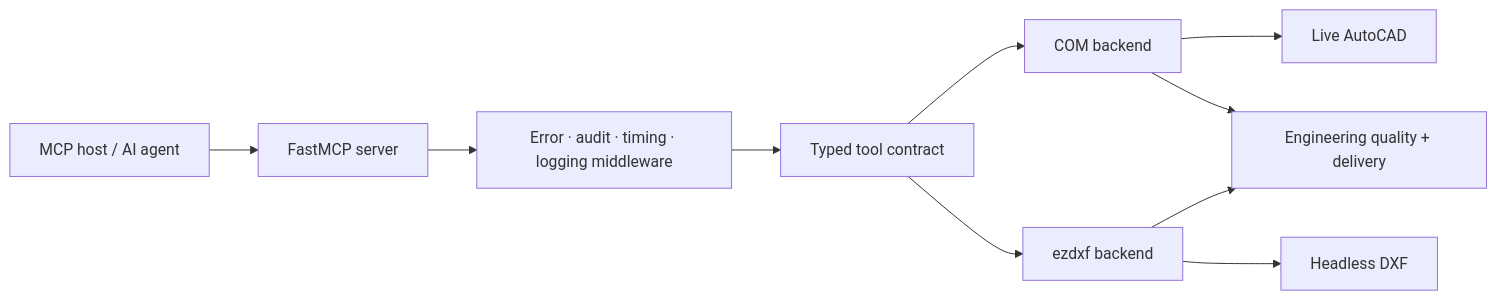
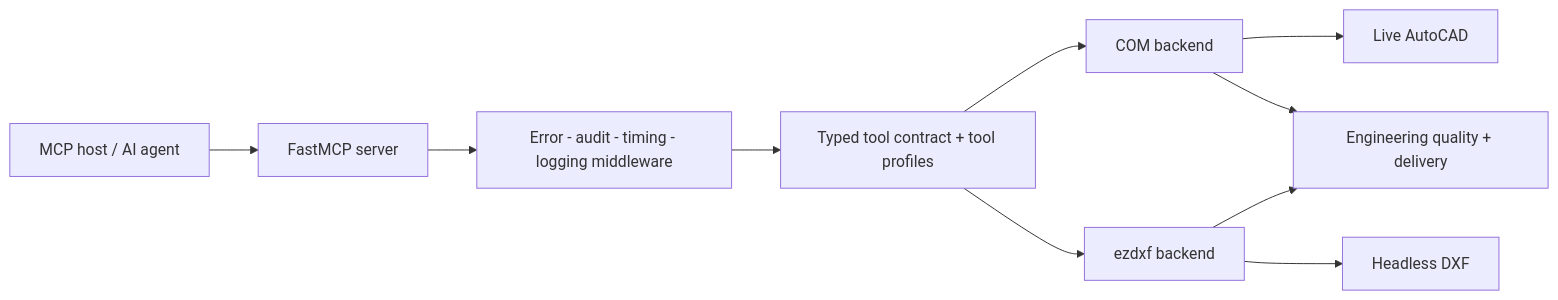
The diagram in README.md (cundream/Autocad-MCP), drawn with Mermaid before and after one commit. The commit also changed other lines of this file and 10 other files, not shown here.

First line of the commit message:
feat(bench): performance lane + task-matrix chart; docs: README rebuilt around four evidence lanes

````diff
--- a/README.md
+++ b/README.md
@@ -274,12 +138,12 @@
 ```mermaid
 flowchart LR
-    A[MCP host / AI agent] --> B[FastMCP server]
-    B --> C[Error · audit · timing · logging middleware]
-    C --> D[Typed tool contract]
-    D --> E[COM backend]
-    D --> F[ezdxf backend]
-    E --> G[Live AutoCAD]
-    F --> H[Headless DXF]
-    E --> I[Engineering quality + delivery]
-    F --> I
+  A[MCP host / AI agent] --> B[FastMCP server]
+  B --> C[Error - audit - timing - logging middleware]
+  C --> D[Typed tool contract + tool profiles]
+  D --> E[COM backend]
+  D --> F[ezdxf backend]
+  E --> G[Live AutoCAD]
+  F --> H[Headless DXF]
+  E --> I[Engineering quality + delivery]
+  F --> I
 ```
````
